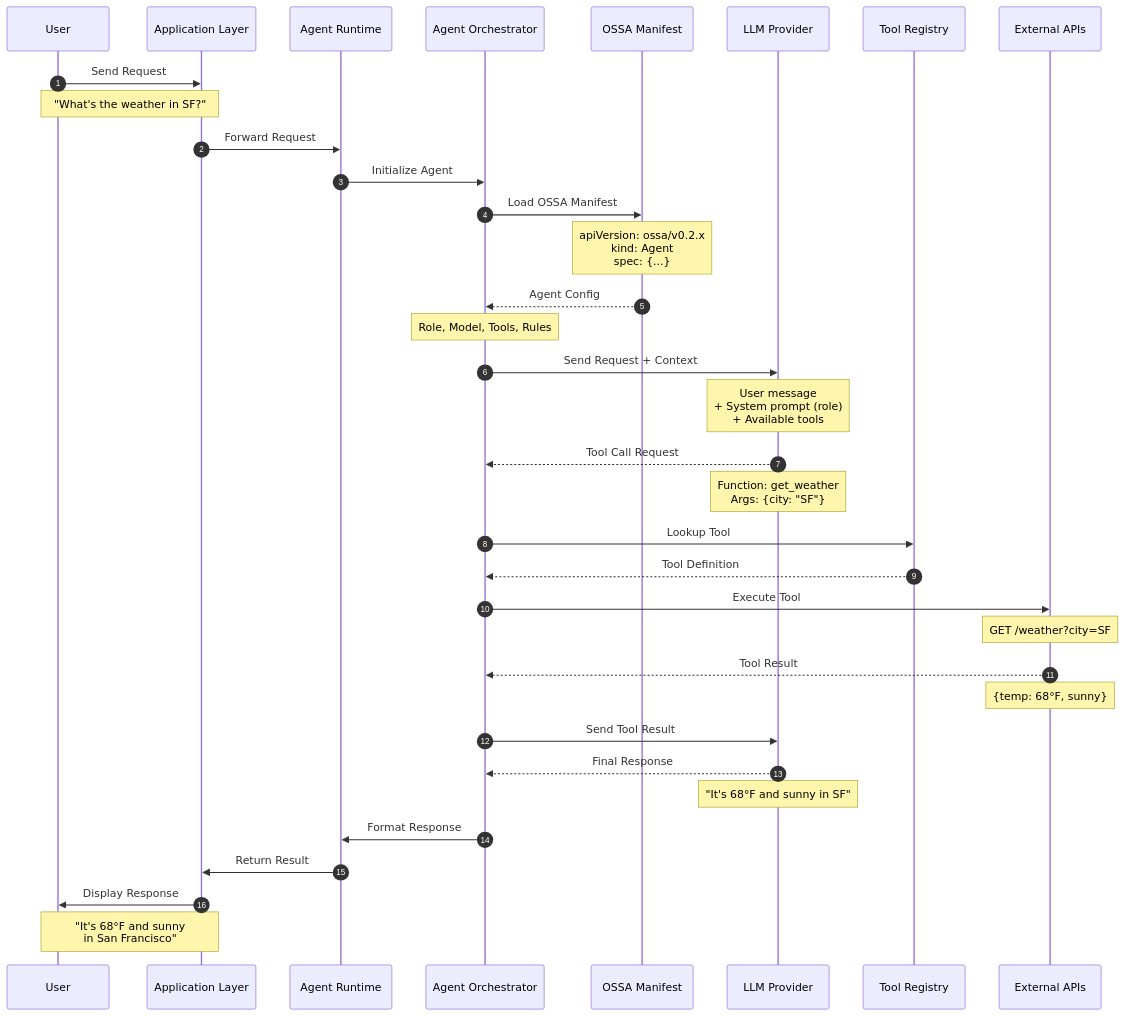
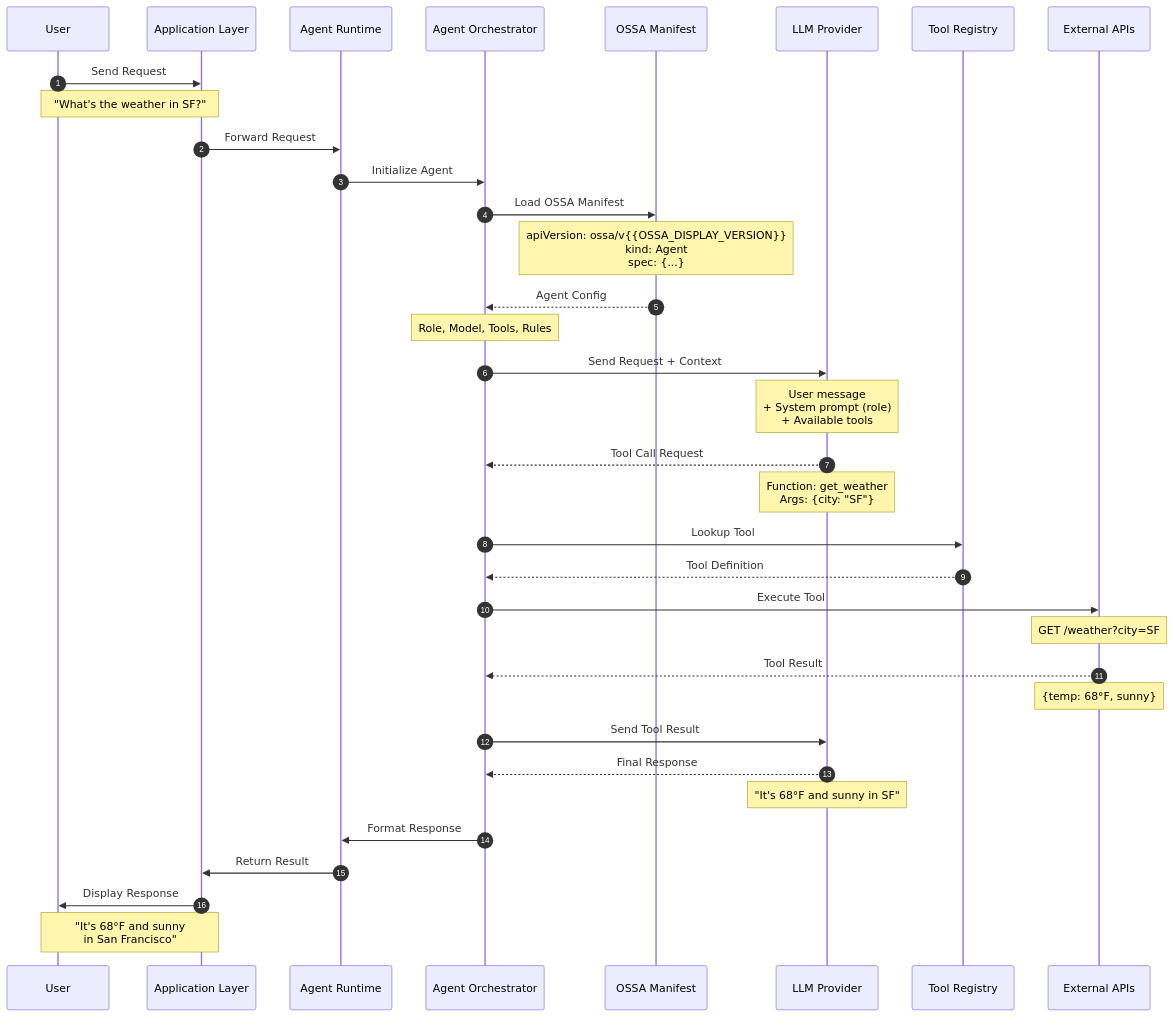
One commit to blueflyio/openstandardagents changed the first of 4 diagrams in website/content/docs/architecture/execution-flow.md. Above: the diagram before and after it, drawn with Mermaid. The commit also changed other lines of this file and 74 other files, not shown here.

````diff
--- a/website/content/docs/architecture/execution-flow.md
+++ b/website/content/docs/architecture/execution-flow.md
@@ -20,48 +20,48 @@
 ```mermaid
 sequenceDiagram
     autonumber
     participant User
     participant App as Application Layer
     participant Runtime as Agent Runtime
     participant Orchestrator as Agent Orchestrator
     participant Manifest as OSSA Manifest
     participant LLM as LLM Provider
     participant Tools as Tool Registry
     participant API as External APIs
 
     User->>App: Send Request
     Note over User,App: "What's the weather in SF?"
 
     App->>Runtime: Forward Request
     Runtime->>Orchestrator: Initialize Agent
 
     Orchestrator->>Manifest: Load OSSA Manifest
-    Note over Manifest: apiVersion: ossa/v0.2.x<br/>kind: Agent<br/>spec: {...}
+    Note over Manifest: apiVersion: ossa/v{{OSSA_DISPLAY_VERSION}}<br/>kind: Agent<br/>spec: {...}
 
     Manifest-->>Orchestrator: Agent Config
     Note over Orchestrator: Role, Model, Tools, Rules
 
     Orchestrator->>LLM: Send Request + Context
     Note over LLM: User message<br/>+ System prompt (role)<br/>+ Available tools
 
     LLM-->>Orchestrator: Tool Call Request
     Note over LLM: Function: get_weather<br/>Args: {city: "SF"}
 
     Orchestrator->>Tools: Lookup Tool
     Tools-->>Orchestrator: Tool Definition
 
     Orchestrator->>API: Execute Tool
     Note over API: GET /weather?city=SF
 
     API-->>Orchestrator: Tool Result
     Note over API: {temp: 68°F, sunny}
 
     Orchestrator->>LLM: Send Tool Result
     LLM-->>Orchestrator: Final Response
     Note over LLM: "It's 68°F and sunny in SF"
 
     Orchestrator->>Runtime: Format Response
     Runtime->>App: Return Result
     App->>User: Display Response
     Note over User,App: "It's 68°F and sunny<br/>in San Francisco"
 ```
````
